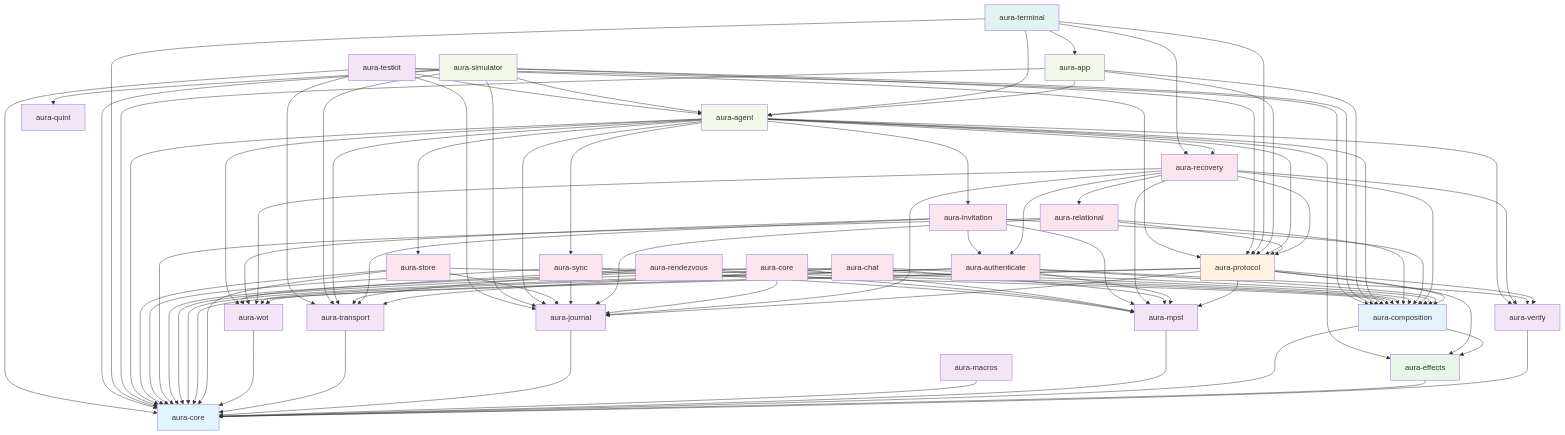
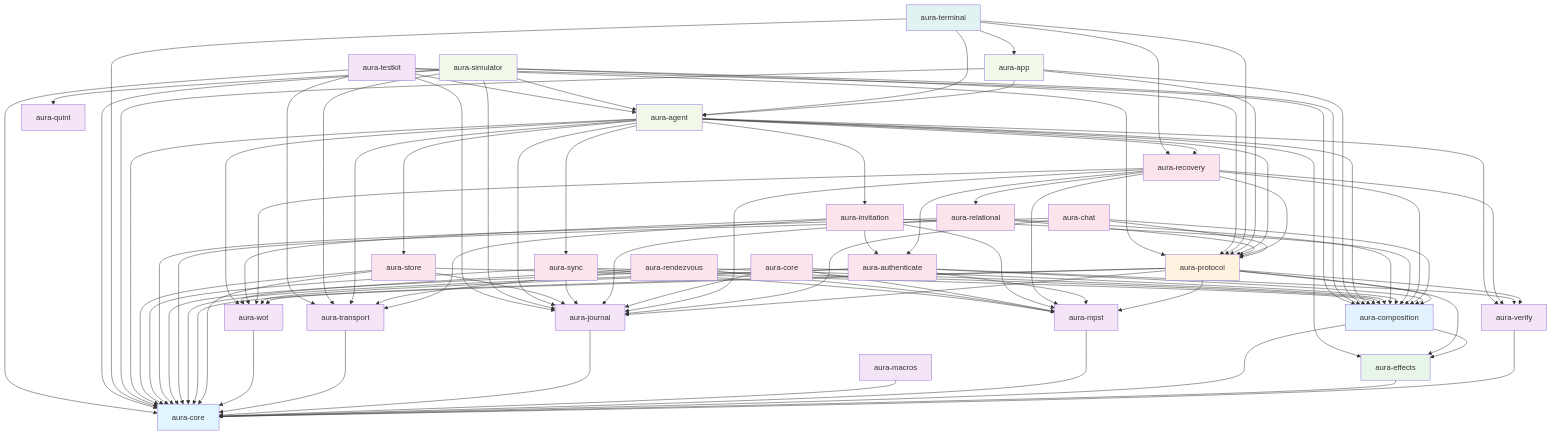
The diagram in docs/999_project_structure.md (hxrts/aura), drawn with Mermaid before and after one commit. The commit also changed other lines of this file and 60 other files, not shown here.

First line of the commit message:
Layer 5: fact-first chat + journal-backed relational contexts

```diff
--- a/docs/999_project_structure.md
+++ b/docs/999_project_structure.md
@@ -445,9 +445,9 @@
     auth --> wot
     auth --> composition
     chat --> types
-    chat --> transport
+    chat --> journal
     chat --> composition
-    chat --> mpst
+    chat --> protocol
     recovery --> auth
     recovery --> verify
     recovery --> wot
```
